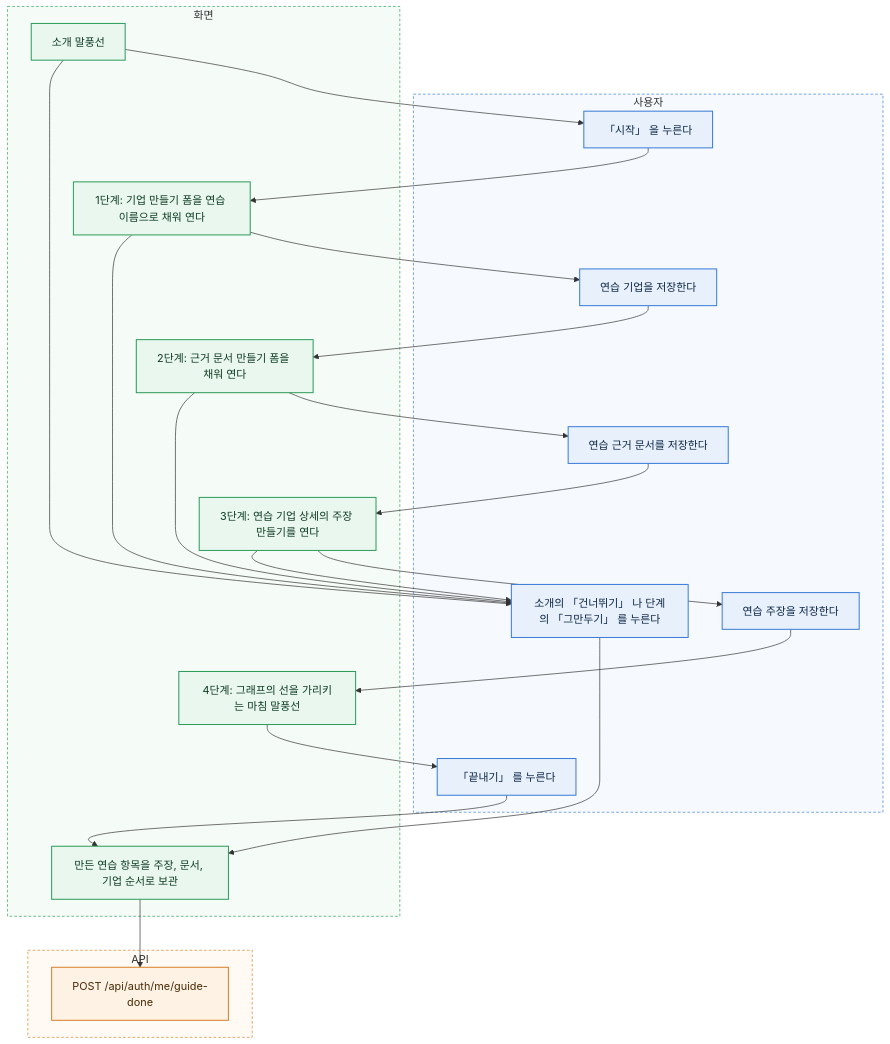
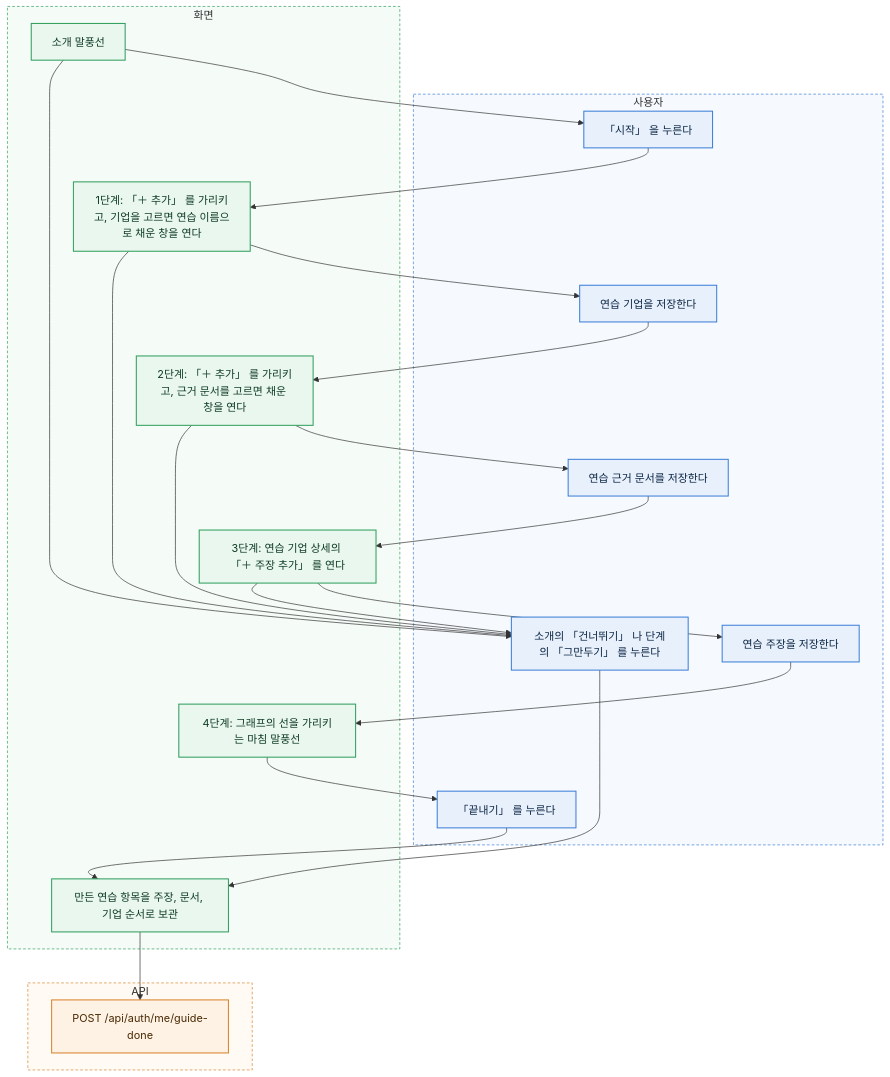
One commit to jon890/fos-graphrag changed diagram 14 of 14 in financial-workbench/docs/flow.md. Above: the diagram before and after it, drawn with Mermaid. The commit also changed other lines of this file and 8 other files, not shown here.

````diff
--- a/financial-workbench/docs/flow.md
+++ b/financial-workbench/docs/flow.md
@@ -548,38 +662,38 @@
 ```mermaid
 %%{init: {"theme":"base","themeVariables":{"fontFamily":"'Noto Sans KR', sans-serif","fontSize":"14px","lineColor":"#7A8594","primaryTextColor":"#1D1F23","edgeLabelBackground":"#FFFFFF","clusterBkg":"#FAFAFA"},"flowchart":{"curve":"basis","nodeSpacing":40,"rankSpacing":60,"padding":14}}}%%
 flowchart TD
   subgraph 사용자
     U0[「시작」 을 누른다]
     U1[연습 기업을 저장한다]
     U2[연습 근거 문서를 저장한다]
     U3[연습 주장을 저장한다]
     U4[「끝내기」 를 누른다]
     US[소개의 「건너뛰기」 나 단계의 「그만두기」 를 누른다]
   end
   subgraph 화면
     S0[소개 말풍선]
-    S1[1단계: 기업 만들기 폼을 연습 이름으로 채워 연다]
-    S2[2단계: 근거 문서 만들기 폼을 채워 연다]
-    S3[3단계: 연습 기업 상세의 주장 만들기를 연다]
+    S1[1단계: 「＋ 추가」 를 가리키고, 기업을 고르면 연습 이름으로 채운 창을 연다]
+    S2[2단계: 「＋ 추가」 를 가리키고, 근거 문서를 고르면 채운 창을 연다]
+    S3[3단계: 연습 기업 상세의 「＋ 주장 추가」 를 연다]
     S4[4단계: 그래프의 선을 가리키는 마침 말풍선]
     A[만든 연습 항목을 주장, 문서, 기업 순서로 보관]
   end
   subgraph API
     G[POST /api/auth/me/guide-done]
   end
   S0 --> U0 --> S1 --> U1 --> S2 --> U2 --> S3 --> U3 --> S4 --> U4 --> A --> G
   S0 --> US
   S1 --> US
   S2 --> US
   S3 --> US
   US --> A
   classDef c1 fill:#E8F1FB,stroke:#3B7DD8,stroke-width:1.5px,color:#0B2545
   classDef c2 fill:#E9F7EF,stroke:#2E9E5B,stroke-width:1.5px,color:#0E3B22
   classDef c3 fill:#FDF2E3,stroke:#D9822B,stroke-width:1.5px,color:#4A2A05
   class U0,U1,U2,U3,U4,US c1
   class S0,S1,S2,S3,S4,A c2
   class G c3
   style 사용자 fill:#F6FAFE,stroke:#3B7DD8,stroke-dasharray:4 3
   style 화면 fill:#F5FBF7,stroke:#2E9E5B,stroke-dasharray:4 3
   style API fill:#FFFAF3,stroke:#D9822B,stroke-dasharray:4 3
 ```
````
